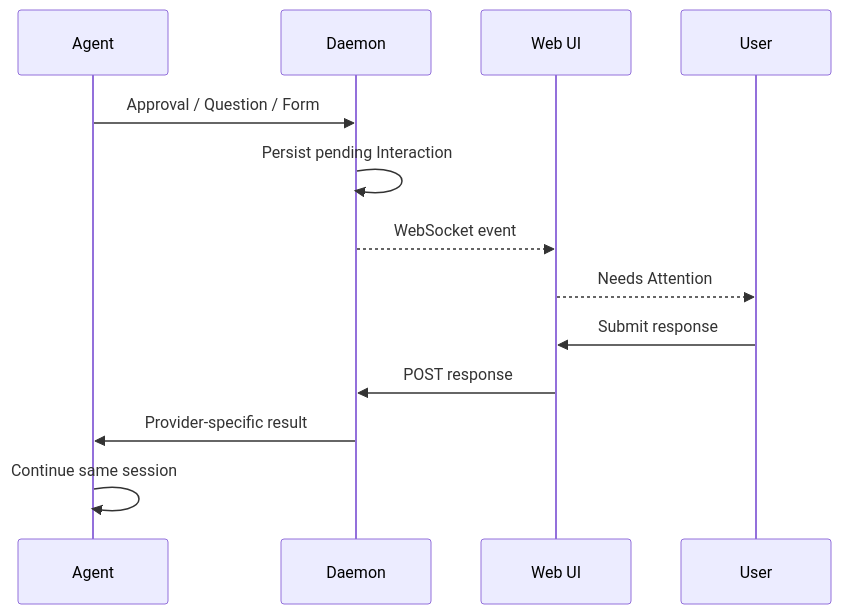
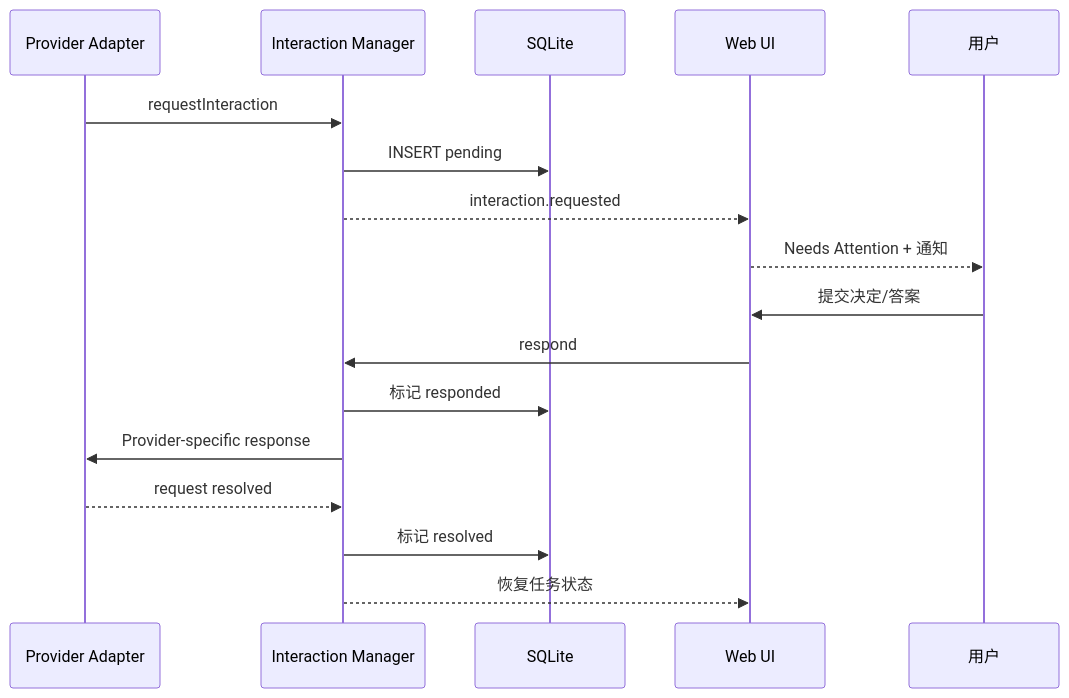
One commit to noO0oOo0ob/Agents-Workspaces changed the fifth of 7 diagrams in docs/03-P0技术方案.md. Above: the diagram before and after it, drawn with Mermaid. The commit also changed other lines of this file and 2 other files, not shown here.

````diff
--- a/docs/03-P0技术方案.md
+++ b/docs/03-P0技术方案.md
@@ -127,15 +339,20 @@
 ```mermaid
 sequenceDiagram
-    participant A as Agent
-    participant D as Daemon
+    participant P as Provider Adapter
+    participant I as Interaction Manager
+    participant DB as SQLite
     participant UI as Web UI
-    participant U as User
-    A->>D: Approval / Question / Form
-    D->>D: Persist pending Interaction
-    D-->>UI: WebSocket event
-    UI-->>U: Needs Attention
-    U->>UI: Submit response
-    UI->>D: POST response
-    D->>A: Provider-specific result
-    A->>A: Continue same session
+    participant U as 用户
+
+    P->>I: requestInteraction
+    I->>DB: INSERT pending
+    I-->>UI: interaction.requested
+    UI-->>U: Needs Attention + 通知
+    U->>UI: 提交决定/答案
+    UI->>I: respond
+    I->>DB: 标记 responded
+    I->>P: Provider-specific response
+    P-->>I: request resolved
+    I->>DB: 标记 resolved
+    I-->>UI: 恢复任务状态
 ```
````
